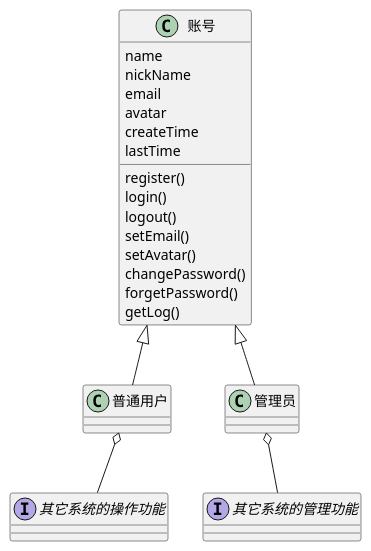
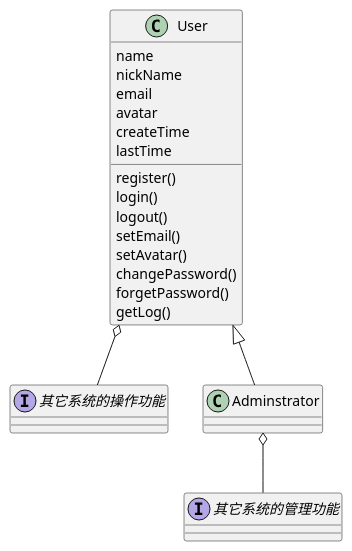
The first of 3 diagrams in doc/用户系统的设计.md (alwxkxk/akoa), drawn with PlantUML before and after one commit. The commit also changed other lines of this file and 1 other file, not shown here.

Commit message:
修改为管理员类继承用户类

````diff
--- a/doc/用户系统的设计.md
+++ b/doc/用户系统的设计.md
@@ -25,26 +25,26 @@
 ```puml
 @startuml
 interface 其它系统的操作功能
 interface 其它系统的管理功能
-class 账号 {
+class User {
   name
   nickName
   email
   avatar
   createTime
   lastTime
   register()
   login()
   logout()
   setEmail()
   setAvatar()
   changePassword()
   forgetPassword()
   getLog()
 }
-账号 <|-- 普通用户
-账号 <|-- 管理员
-普通用户 o-- 其它系统的操作功能
-管理员 o-- 其它系统的管理功能
+
+User <|-- Adminstrator
+User o-- 其它系统的操作功能
+Adminstrator o-- 其它系统的管理功能
 @enduml
 ```
````
